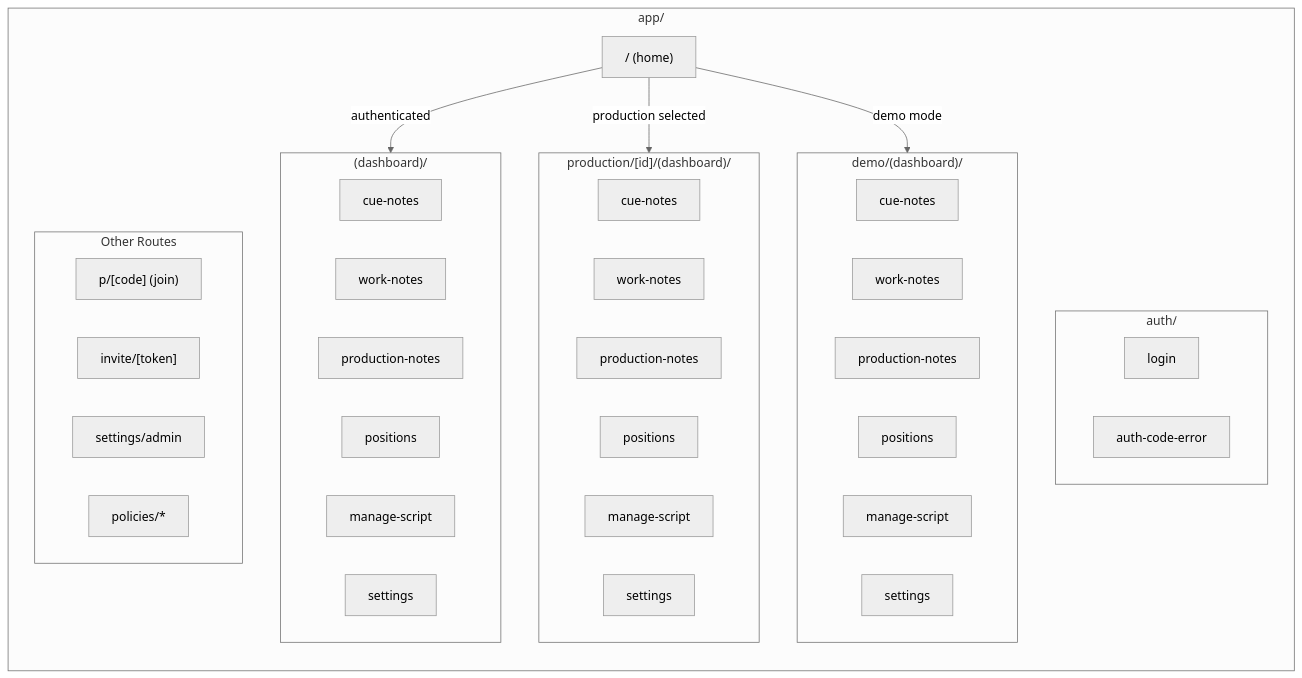
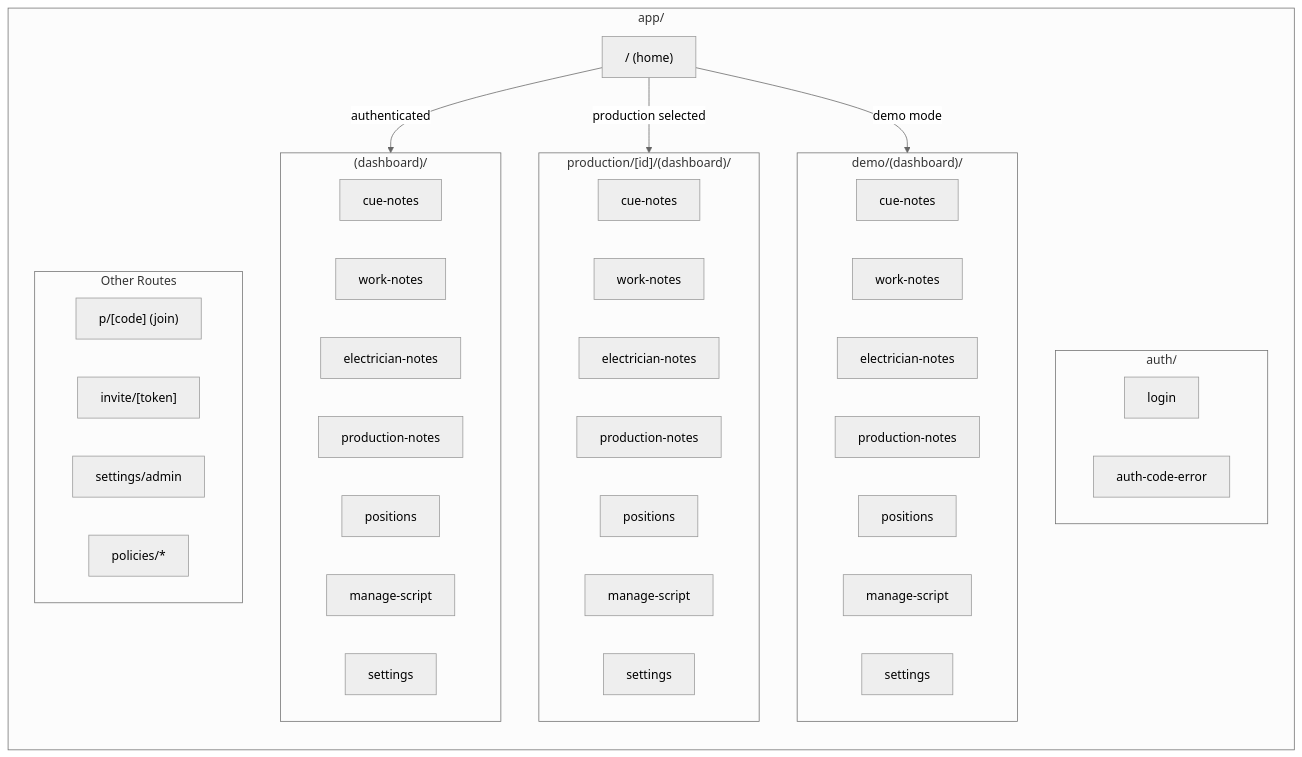
Before and after one commit to NSDodgers/lxnotes-claude: the second of 12 diagrams in docs/architecture.mermaid.md, drawn with Mermaid (neutral theme). The commit also changed other lines of this file and 48 other files, not shown here.

First line of the commit message:
feat: add Electrician Notes module replacing unused actor module

````diff
--- a/docs/architecture.mermaid.md
+++ b/docs/architecture.mermaid.md
@@ -63,49 +63,52 @@
 ```mermaid
 graph LR
     subgraph App["app/"]
         Root["/ (home)"]
 
         subgraph AuthRoutes["auth/"]
             Login["login"]
             AuthError["auth-code-error"]
         end
 
         subgraph Dashboard["(dashboard)/"]
             CueNotes["cue-notes"]
             WorkNotes["work-notes"]
+            ElecNotes["electrician-notes"]
             ProdNotes["production-notes"]
             Positions["positions"]
             ManageScript["manage-script"]
             Settings["settings"]
         end
 
         subgraph ProdRoutes["production/[id]/(dashboard)/"]
             PCue["cue-notes"]
             PWork["work-notes"]
+            PElec["electrician-notes"]
             PProd["production-notes"]
             PPos["positions"]
             PScript["manage-script"]
             PSettings["settings"]
         end
 
         subgraph DemoRoutes["demo/(dashboard)/"]
             DCue["cue-notes"]
             DWork["work-notes"]
+            DElec["electrician-notes"]
             DProd["production-notes"]
             DPos["positions"]
             DScript["manage-script"]
             DSettings["settings"]
         end
 
         subgraph Misc["Other Routes"]
             Join["p/[code] (join)"]
             Invite["invite/[token]"]
             Admin["settings/admin"]
             Policies["policies/*"]
         end
     end
 
     Root -->|"authenticated"| Dashboard
     Root -->|"production selected"| ProdRoutes
     Root -->|"demo mode"| DemoRoutes
 ```
````
